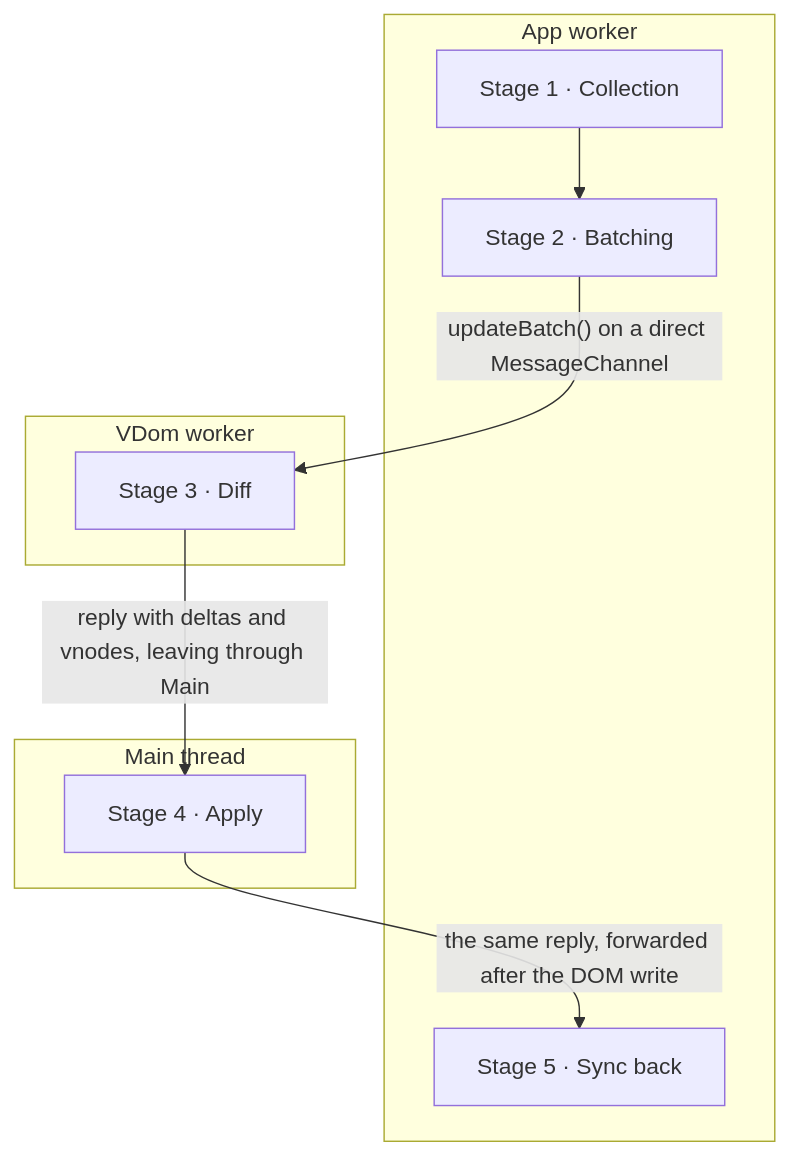
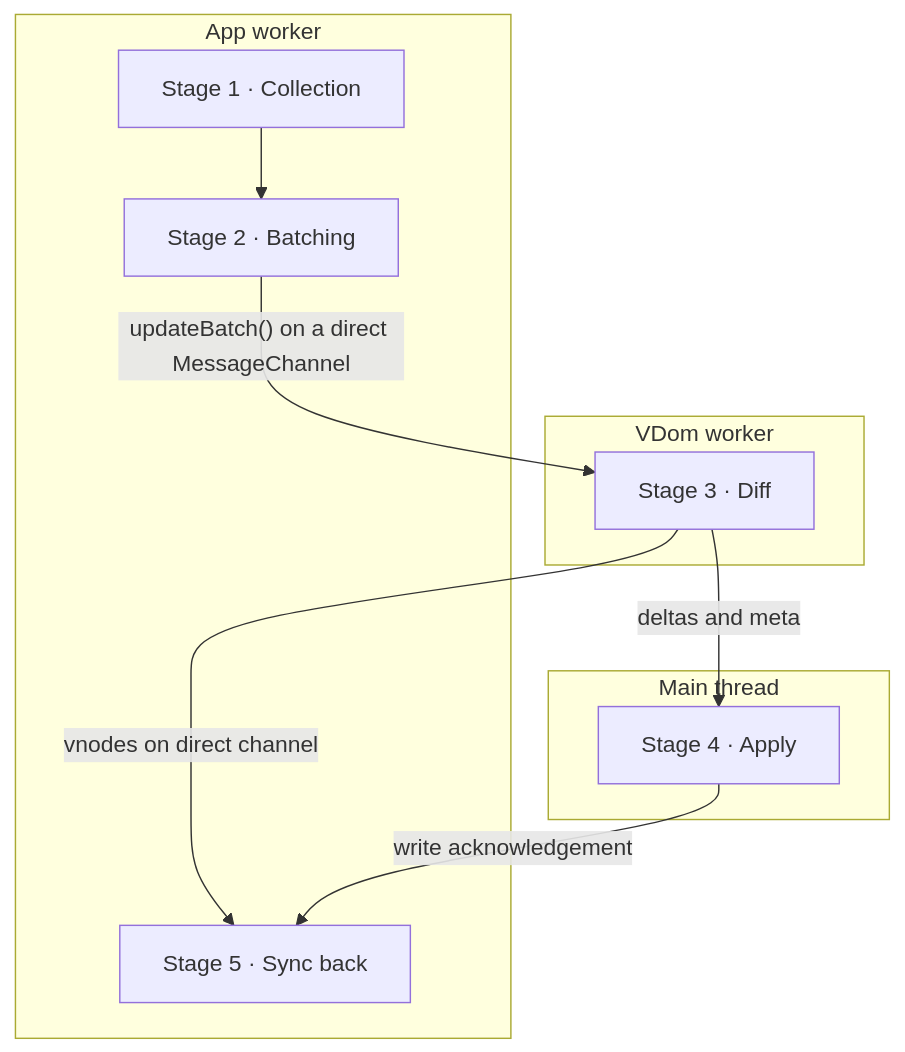
Before and after one commit to neomjs/neo: the diagram in learn/guides/vdomengine/Overview.md, drawn with Mermaid. The commit also changed other lines of this file and 17 other files, not shown here.

````diff
--- a/learn/guides/vdomengine/Overview.md
+++ b/learn/guides/vdomengine/Overview.md
@@ -28,16 +28,17 @@
 ```mermaid
 flowchart TD
     subgraph APP["App worker"]
         S1["Stage 1 · Collection"] --> S2["Stage 2 · Batching"]
         S5["Stage 5 · Sync back"]
     end
     subgraph VDOM["VDom worker"]
         S3["Stage 3 · Diff"]
     end
     subgraph MAIN["Main thread"]
         S4["Stage 4 · Apply"]
     end
     S2 -->|"updateBatch() on a direct MessageChannel"| S3
-    S3 -->|"reply with deltas and vnodes, leaving through Main"| S4
-    S4 -->|"the same reply, forwarded after the DOM write"| S5
+    S3 -->|"vnodes on direct channel"| S5
+    S3 -->|"deltas and meta"| S4
+    S4 -->|"write acknowledgement"| S5
 ```
````
